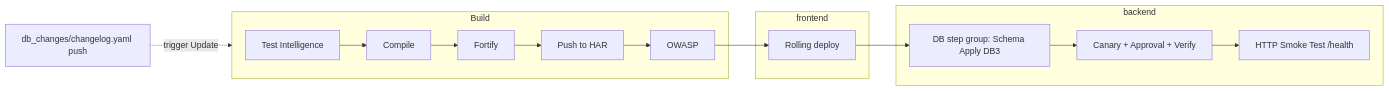
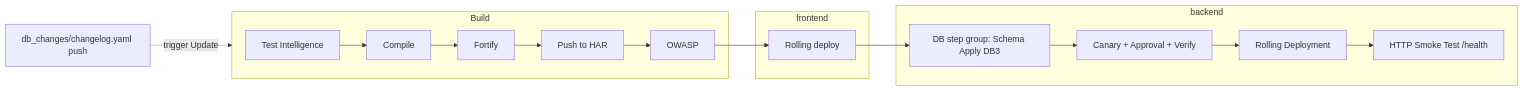
The diagram in reference/README.md (mansong1/amex-harness-workshop), drawn with Mermaid before and after one commit. The commit also changed other lines of this file and 6 other files, not shown here.

First line of the commit message:
Backend from org-scoped HAR image; add Rolling Deployment to backend stage

````diff
--- a/reference/README.md
+++ b/reference/README.md
@@ -12,20 +13,21 @@
 ```mermaid
 flowchart LR
   subgraph build [Build]
     TI[Test Intelligence]
     Compile[Compile]
     Fortify[Fortify]
     HAR[Push to HAR]
     OWASP[OWASP]
   end
   subgraph fe [frontend]
     Roll[Rolling deploy]
   end
   subgraph be [backend]
     DB[DB step group: Schema Apply DB3]
     Canary[Canary + Approval + Verify]
+    Rolling[Rolling Deployment]
     Smoke["HTTP Smoke Test /health"]
   end
-  TI --> Compile --> Fortify --> HAR --> OWASP --> Roll --> DB --> Canary --> Smoke
+  TI --> Compile --> Fortify --> HAR --> OWASP --> Roll --> DB --> Canary --> Rolling --> Smoke
   changelog[db_changes/changelog.yaml push] -.->|trigger Update| build
 ```
````
